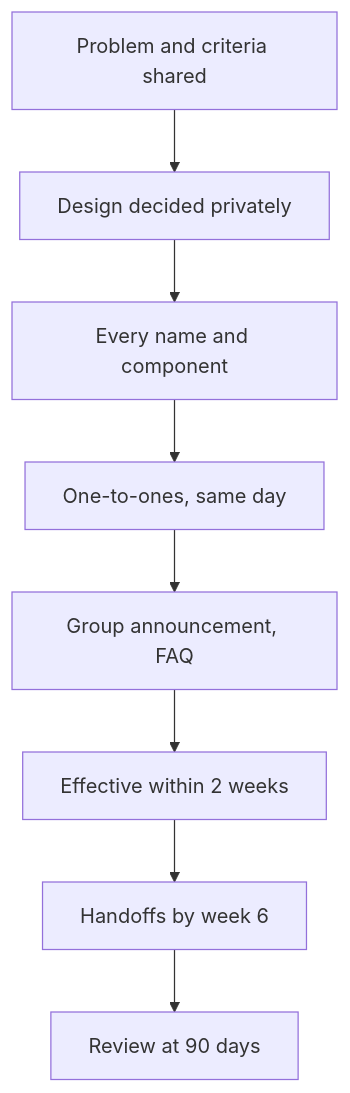
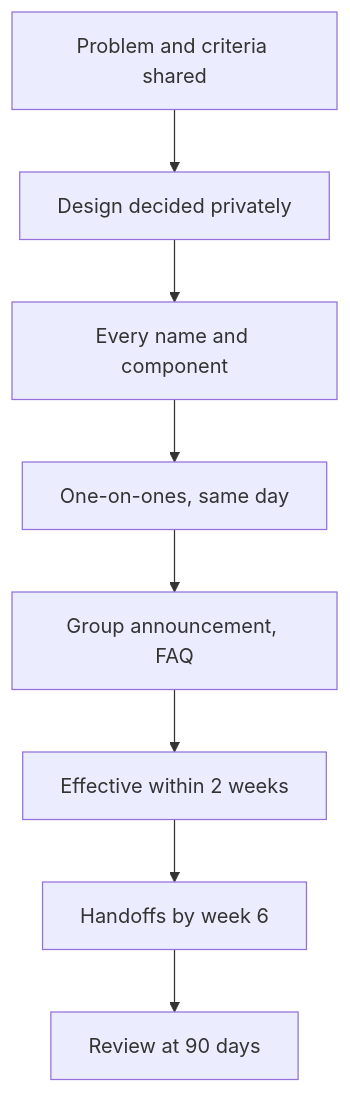
One commit to XayyamSadigov/engineering-leadership-book changed the second of 3 diagrams in docs/parts/07-organization-design/36-reorganizations-evolution-and-succession.md. Above: the diagram before and after it, drawn with Mermaid. The commit also changed other lines of this file and 159 other files, not shown here.

````diff
--- a/docs/parts/07-organization-design/36-reorganizations-evolution-and-succession.md
+++ b/docs/parts/07-organization-design/36-reorganizations-evolution-and-succession.md
@@ -162,10 +160,10 @@
 ```mermaid
 flowchart TD
     A["Problem and criteria shared"] --> B["Design decided privately"]
     B --> C["Every name and component"]
-    C --> D["One-to-ones, same day"]
+    C --> D["One-on-ones, same day"]
     D --> E["Group announcement, FAQ"]
     E --> F["Effective within 2 weeks"]
     F --> G["Handoffs by week 6"]
     G --> H["Review at 90 days"]
 ```
````
